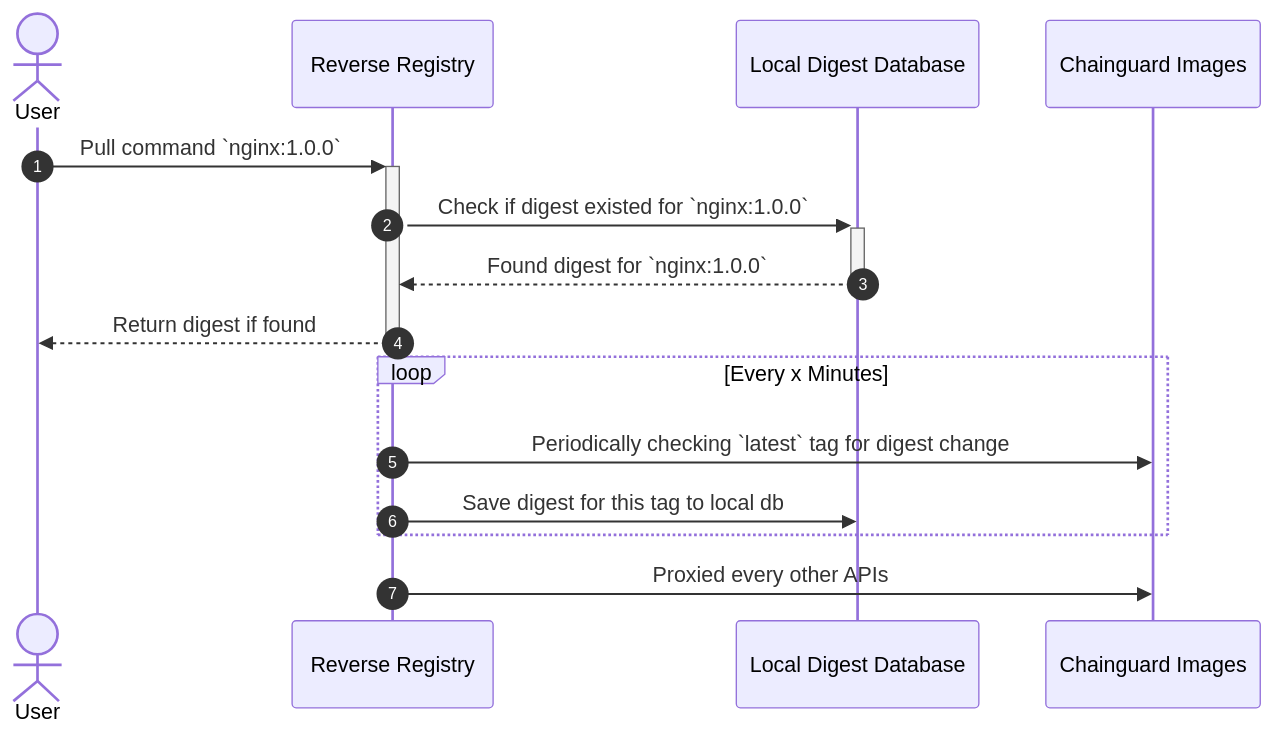
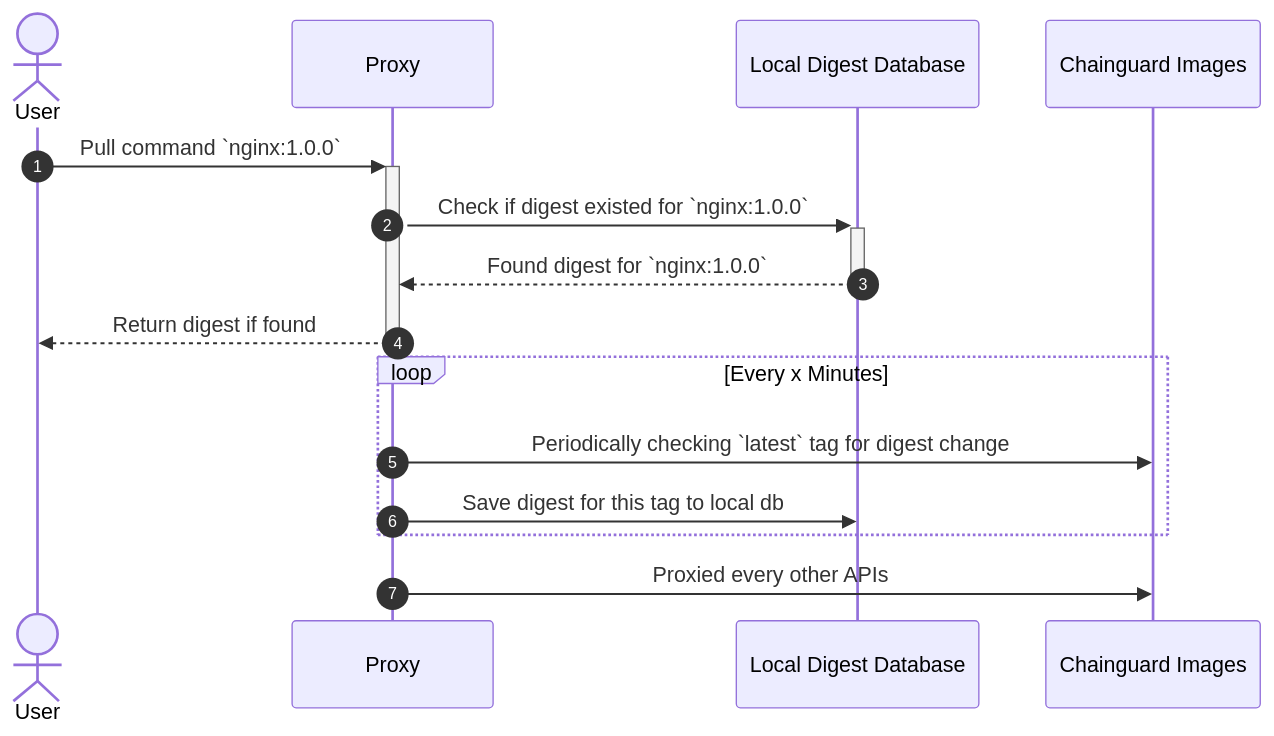
One commit to phuongdnguyen/poorman-registry changed the diagram in README.md. Above: the diagram before and after it, drawn with Mermaid. The commit also changed other lines of this file, not shown here.

````diff
--- a/README.md
+++ b/README.md
@@ -24,21 +24,21 @@
 ```mermaid
 sequenceDiagram
 autonumber
 actor U as User
-participant RR as Reverse Registry
+participant RR as Proxy
 participant DB as Local Digest Database
 participant CG as Chainguard Images
 U->>+RR: Pull command `nginx:1.0.0`
 RR->>+DB: Check if digest existed for `nginx:1.0.0`
 DB-->>-RR: Found digest for `nginx:1.0.0`
 RR-->>-U: Return digest if found
 
 loop Every x Minutes
 RR->>CG: Periodically checking `latest` tag for digest change
 RR->>DB: Save digest for this tag to local db
 end
 
 
 RR->>CG: Proxied every other APIs
 
 ```
````
